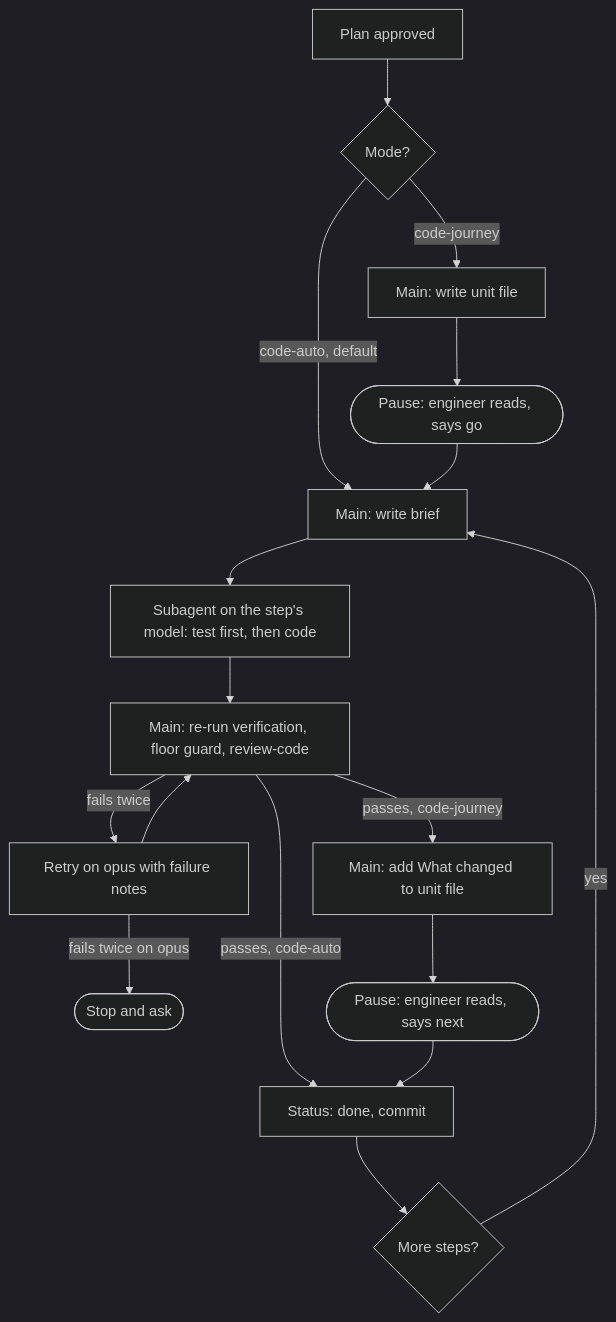
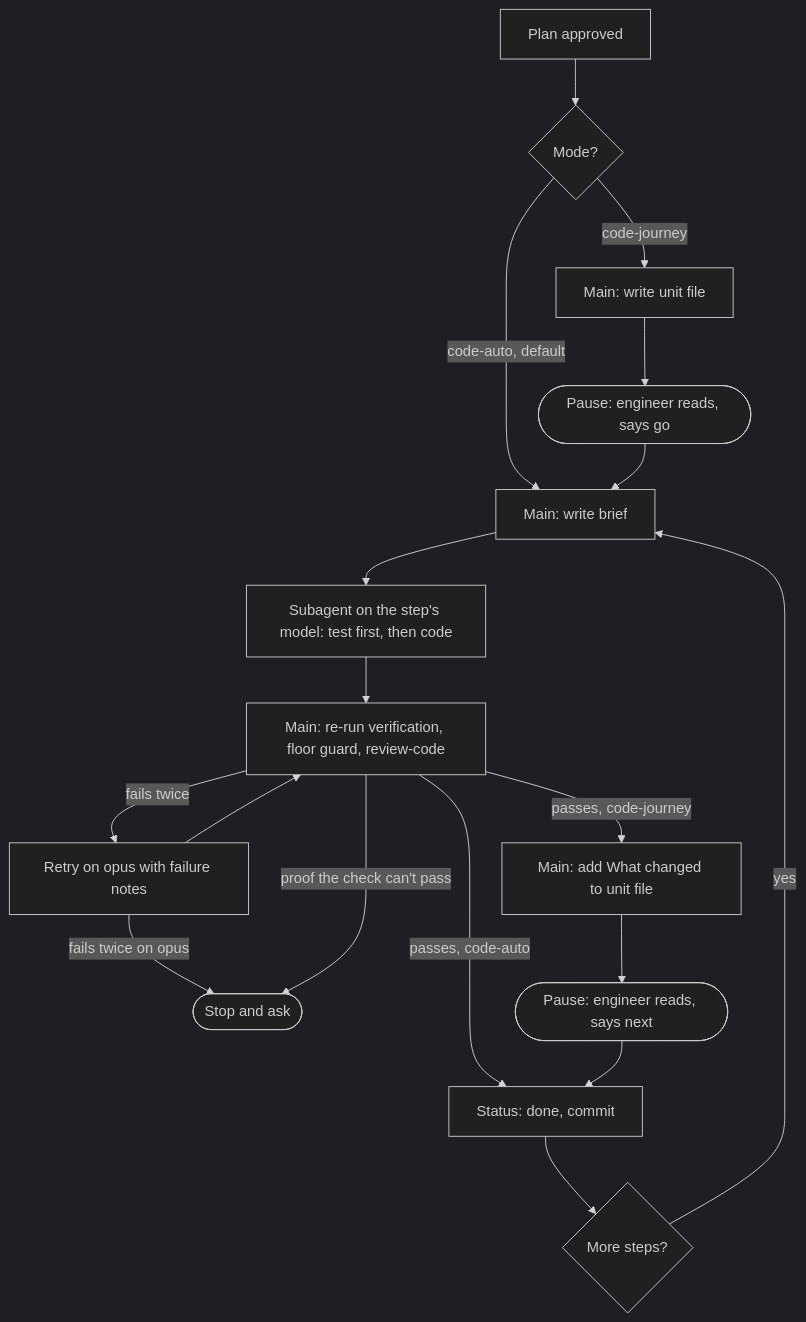
The diagram in docs/specs/2026-10-23-implement-modes.md (girijesh-ai/spec-driven-engineering), drawn with Mermaid (dark theme) before and after one commit. The commit also changed other lines of this file and 6 other files, not shown here.

````diff
--- a/docs/specs/2026-10-23-implement-modes.md
+++ b/docs/specs/2026-10-23-implement-modes.md
@@ -108,19 +109,20 @@
 ```mermaid
 flowchart TD
     A[Plan approved] --> B{Mode?}
     B -->|code-auto, default| C[Main: write brief]
     B -->|code-journey| J1[Main: write unit file]
     J1 --> P1([Pause: engineer reads, says go])
     P1 --> C
     C --> D[Subagent on the step's model: test first, then code]
     D --> E[Main: re-run verification, floor guard, review-code]
     E -->|fails twice| F[Retry on opus with failure notes]
     F -->|fails twice on opus| X([Stop and ask])
+    E -->|proof the check can't pass| X
     F --> E
     E -->|passes, code-auto| G[Status: done, commit]
     E -->|passes, code-journey| J2[Main: add What changed to unit file]
     J2 --> P2([Pause: engineer reads, says next])
     P2 --> G
     G --> H{More steps?}
     H -->|yes| C
 ```
````
